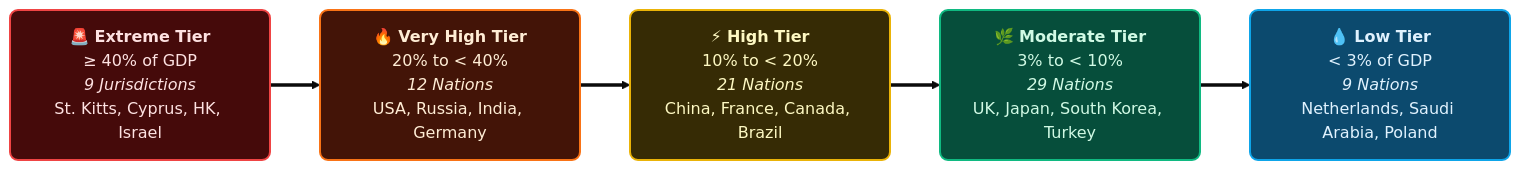
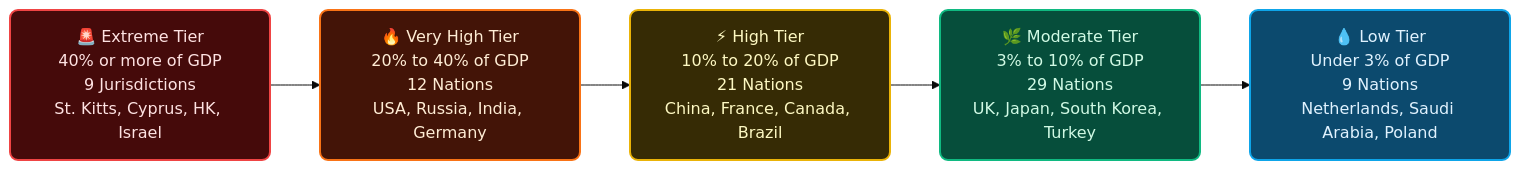
Before and after one commit to Sohila-Khaled-Abbas/Global-Billionaire-Wealth-2026: the third of 4 diagrams in README.md, drawn with Mermaid (base theme). The commit also changed other lines of this file, not shown here.

Commit message:
docs: update mermaid diagrams and entity descriptions in README

````diff
--- a/README.md
+++ b/README.md
@@ -212,17 +220,16 @@
 ```mermaid
 flowchart LR
-    %% Modern tier nodes
     classDef extreme fill:#450A0A,stroke:#EF4444,stroke-width:2px,color:#FEE2E2,rx:8,ry:8;
     classDef veryHigh fill:#431407,stroke:#F97316,stroke-width:2px,color:#FFEDD5,rx:8,ry:8;
     classDef high fill:#362B05,stroke:#EAB308,stroke-width:2px,color:#FEF9C3,rx:8,ry:8;
     classDef moderate fill:#064E3B,stroke:#10B981,stroke-width:2px,color:#D1FAE5,rx:8,ry:8;
     classDef low fill:#0C4A6E,stroke:#0EA5E9,stroke-width:2px,color:#E0F2FE,rx:8,ry:8;
 
-    T1["🚨 <b>Extreme Tier</b><br/>≥ 40% of GDP<br/><i>9 Jurisdictions</i><br/>St. Kitts, Cyprus, HK, Israel"]:::extreme
-    T2["🔥 <b>Very High Tier</b><br/>20% to < 40%<br/><i>12 Nations</i><br/>USA, Russia, India, Germany"]:::veryHigh
-    T3["⚡ <b>High Tier</b><br/>10% to < 20%<br/><i>21 Nations</i><br/>China, France, Canada, Brazil"]:::high
-    T4["🌿 <b>Moderate Tier</b><br/>3% to < 10%<br/><i>29 Nations</i><br/>UK, Japan, South Korea, Turkey"]:::moderate
-    T5["💧 <b>Low Tier</b><br/>< 3% of GDP<br/><i>9 Nations</i><br/>Netherlands, Saudi Arabia, Poland"]:::low
+    T1["🚨 Extreme Tier<br/>40% or more of GDP<br/>9 Jurisdictions<br/>St. Kitts, Cyprus, HK, Israel"]:::extreme
+    T2["🔥 Very High Tier<br/>20% to 40% of GDP<br/>12 Nations<br/>USA, Russia, India, Germany"]:::veryHigh
+    T3["⚡ High Tier<br/>10% to 20% of GDP<br/>21 Nations<br/>China, France, Canada, Brazil"]:::high
+    T4["🌿 Moderate Tier<br/>3% to 10% of GDP<br/>29 Nations<br/>UK, Japan, South Korea, Turkey"]:::moderate
+    T5["💧 Low Tier<br/>Under 3% of GDP<br/>9 Nations<br/>Netherlands, Saudi Arabia, Poland"]:::low
 
-    T1 ==> T2 ==> T3 ==> T4 ==> T5
+    T1 --> T2 --> T3 --> T4 --> T5
 ```
````
